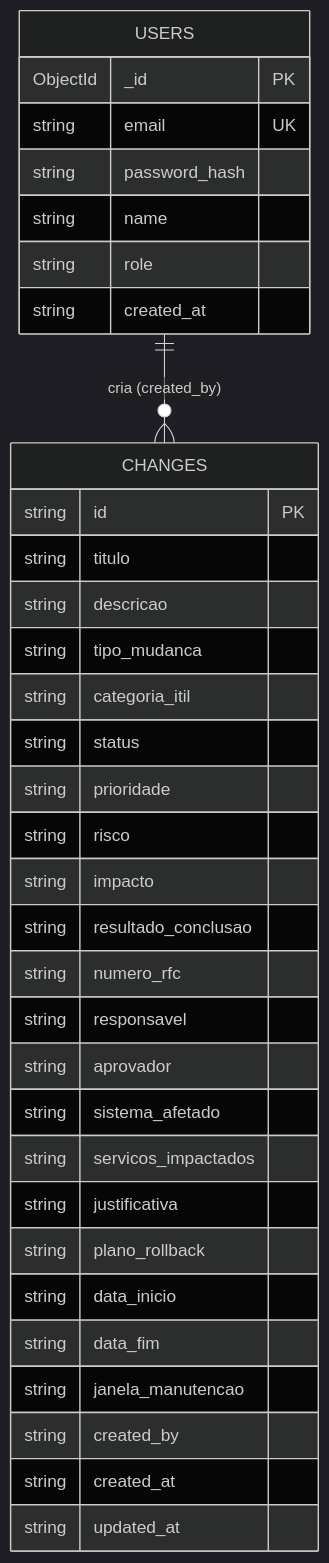
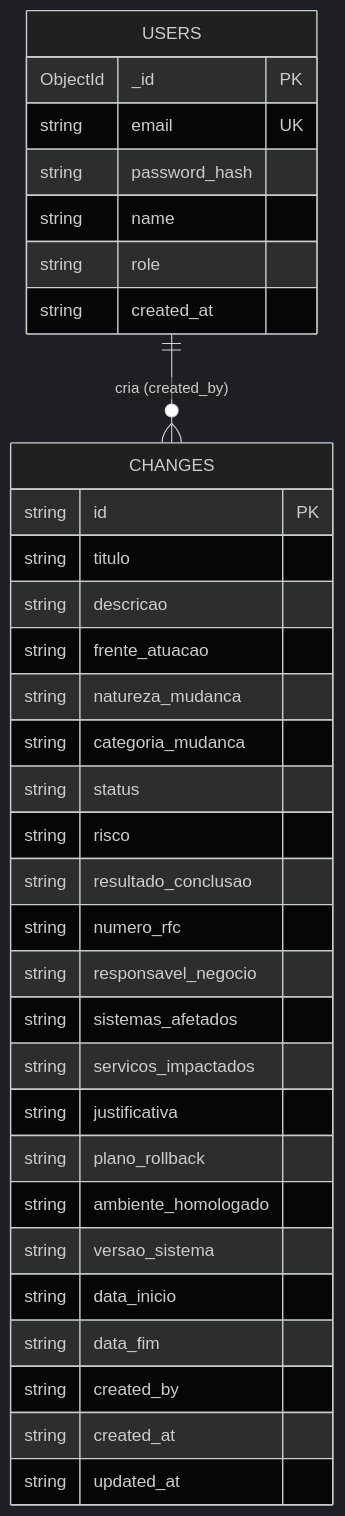
Before and after one commit to HyagoKeller/SGMD: the second of 2 diagrams in docs/HLD_SGMD_Arquitetura.md, drawn with Mermaid (dark theme). The commit also changed other lines of this file and 2 other files, not shown here.

````diff
--- a/docs/HLD_SGMD_Arquitetura.md
+++ b/docs/HLD_SGMD_Arquitetura.md
@@ -239,39 +247,38 @@
 ```mermaid
 erDiagram
     USERS {
         ObjectId _id PK
         string email UK
         string password_hash
         string name
         string role
         string created_at
     }
 
     CHANGES {
         string id PK
         string titulo
         string descricao
-        string tipo_mudanca
-        string categoria_itil
+        string frente_atuacao
+        string natureza_mudanca
+        string categoria_mudanca
         string status
-        string prioridade
         string risco
-        string impacto
         string resultado_conclusao
         string numero_rfc
-        string responsavel
-        string aprovador
-        string sistema_afetado
+        string responsavel_negocio
+        string sistemas_afetados
         string servicos_impactados
         string justificativa
         string plano_rollback
+        string ambiente_homologado
+        string versao_sistema
         string data_inicio
         string data_fim
-        string janela_manutencao
         string created_by
         string created_at
         string updated_at
     }
 
     USERS ||--o{ CHANGES : "cria (created_by)"
 ```
````
